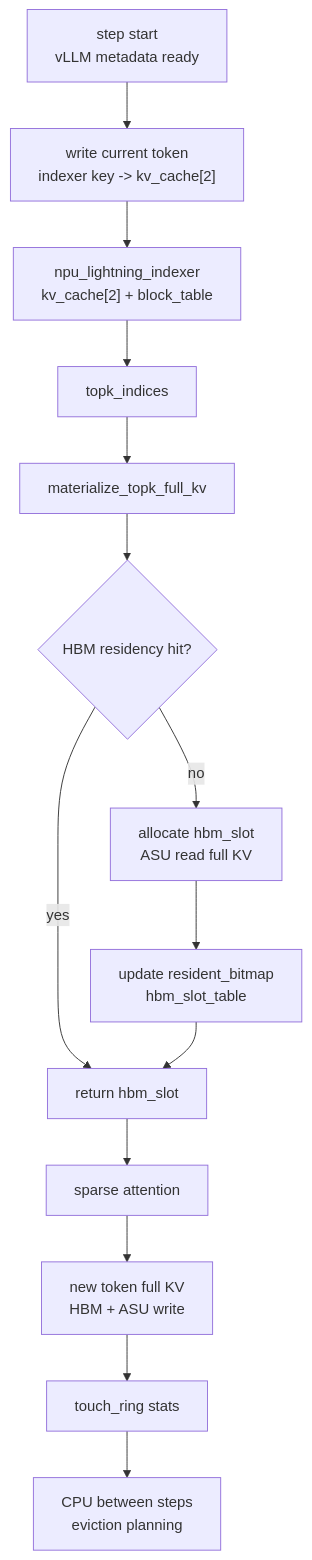
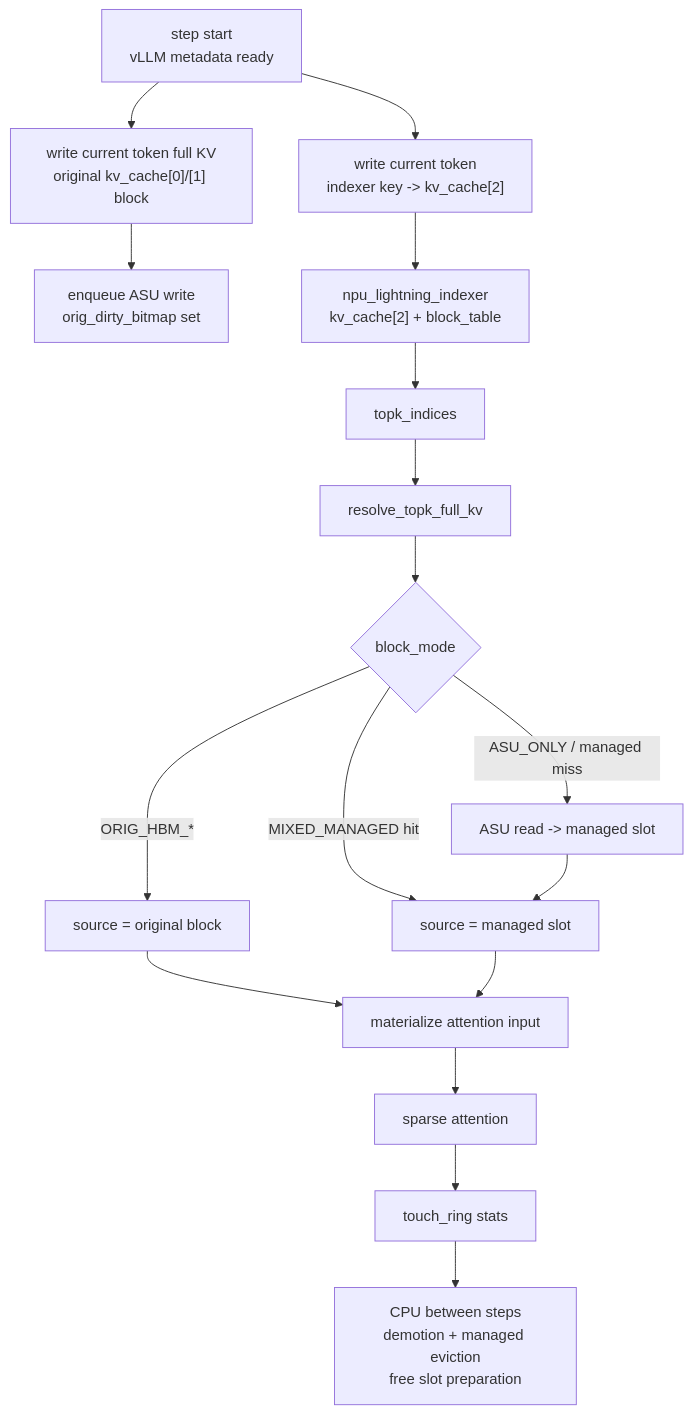
One commit to ykfnxx/ASU-Ascend changed the fourth of 8 diagrams in docs/draft/2026-06-02-npu-hbm-kvcache-management-draft.md. Above: the diagram before and after it, drawn with Mermaid. The commit also changed other lines of this file, not shown here.

Commit message:
Refine KVCache draft hybrid residency

````diff
--- a/docs/draft/2026-06-02-npu-hbm-kvcache-management-draft.md
+++ b/docs/draft/2026-06-02-npu-hbm-kvcache-management-draft.md
@@ -432,16 +473,19 @@
 ```mermaid
 flowchart TB
     A["step start<br/>vLLM metadata ready"] --> B["write current token<br/>indexer key -> kv_cache[2]"]
+    A --> X["write current token full KV<br/>original kv_cache[0]/[1] block"]
+    X --> Y["enqueue ASU write<br/>orig_dirty_bitmap set"]
     B --> C["npu_lightning_indexer<br/>kv_cache[2] + block_table"]
     C --> D["topk_indices"]
-    D --> E["materialize_topk_full_kv"]
-    E --> F{"HBM residency hit?"}
-    F -- "yes" --> G["return hbm_slot"]
-    F -- "no" --> H["allocate hbm_slot<br/>ASU read full KV"]
-    H --> I["update resident_bitmap<br/>hbm_slot_table"]
-    I --> G
-    G --> J["sparse attention"]
-    J --> K["new token full KV<br/>HBM + ASU write"]
+    D --> E["resolve_topk_full_kv"]
+    E --> F{"block_mode"}
+    F -- "ORIG_HBM_*" --> G["source = original block"]
+    F -- "MIXED_MANAGED hit" --> H["source = managed slot"]
+    F -- "ASU_ONLY / managed miss" --> I["ASU read -> managed slot"]
+    I --> H
+    G --> J["materialize attention input"]
+    H --> J
+    J --> K["sparse attention"]
     K --> L["touch_ring stats"]
-    L --> M["CPU between steps<br/>eviction planning"]
+    L --> M["CPU between steps<br/>demotion + managed eviction<br/>free slot preparation"]
 ```
````
